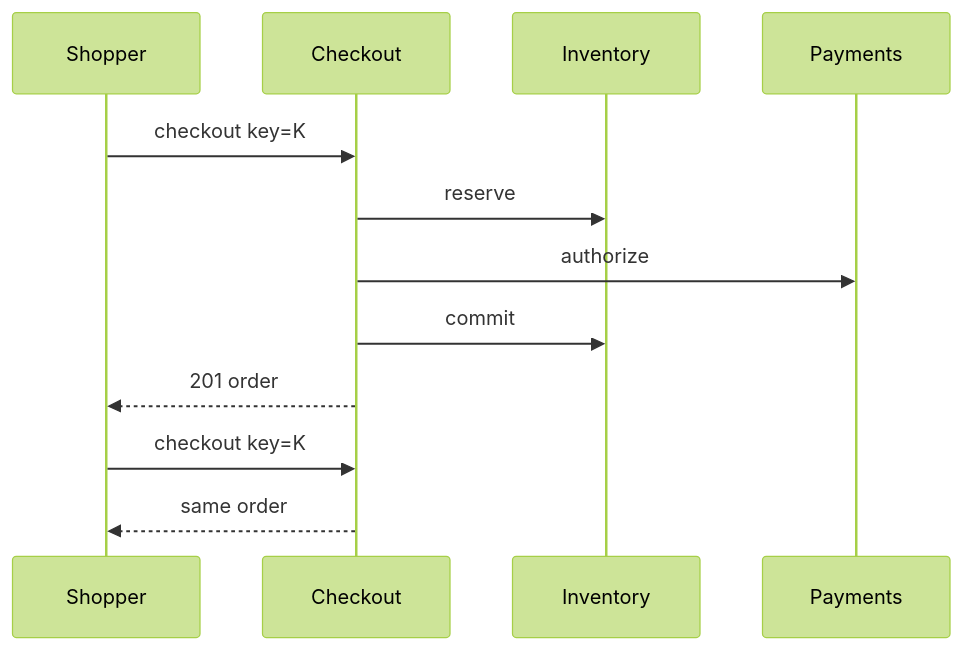
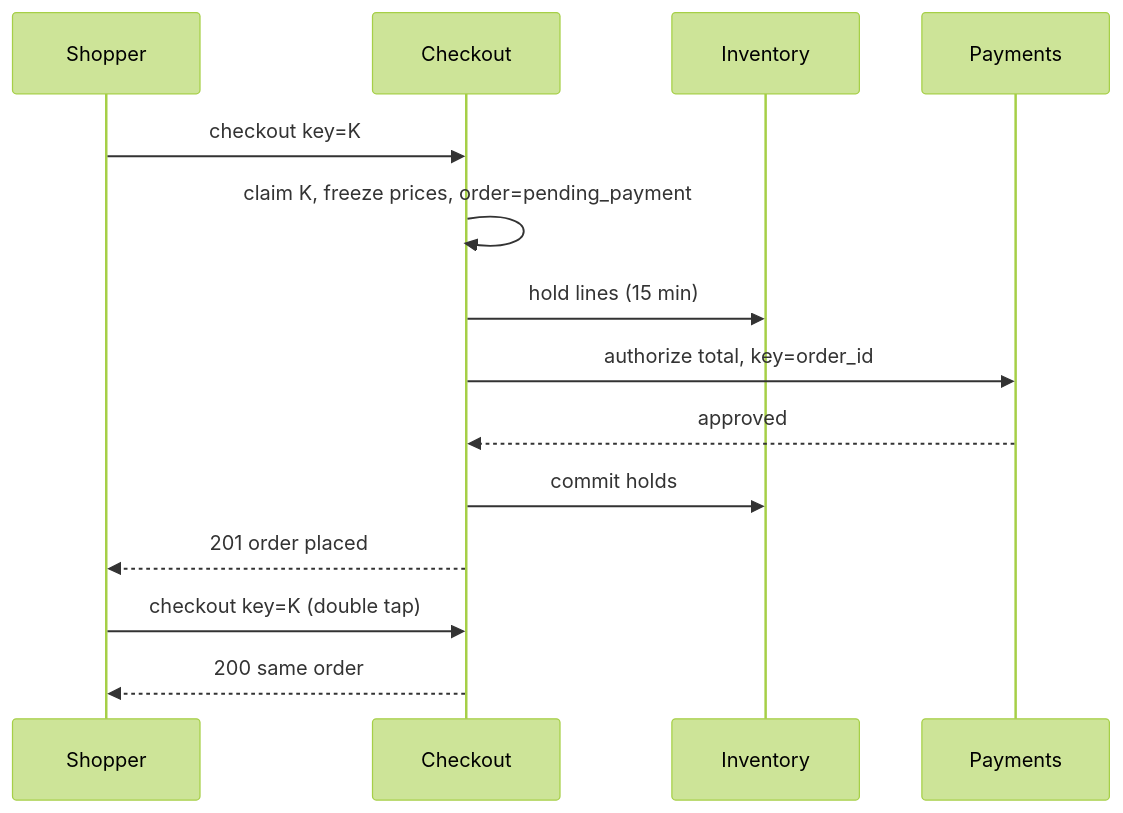
The first of 2 diagrams in days/69-cart-and-checkout.md (arunveersingh/faang-system-design-90-days), drawn with Mermaid (forest theme) before and after one commit. The commit also changed other lines of this file and 2 other files, not shown here.

Commit message:
Day 69: deepen cart and checkout below the attempt barrier (pending_payment order, sweeper, worked numbers, state diagram); add Day 69 social drafts

````diff
--- a/days/69-cart-and-checkout.md
+++ b/days/69-cart-and-checkout.md
@@ -95,14 +129,16 @@
 ```mermaid
 sequenceDiagram
   participant S as Shopper
   participant C as Checkout
   participant I as Inventory
   participant P as Payments
   S->>C: checkout key=K
-  C->>I: reserve
-  C->>P: authorize
-  C->>I: commit
-  C-->>S: 201 order
-  S->>C: checkout key=K
-  C-->>S: same order
+  C->>C: claim K, freeze prices, order=pending_payment
+  C->>I: hold lines (15 min)
+  C->>P: authorize total, key=order_id
+  P-->>C: approved
+  C->>I: commit holds
+  C-->>S: 201 order placed
+  S->>C: checkout key=K (double tap)
+  C-->>S: 200 same order
 ```
````
